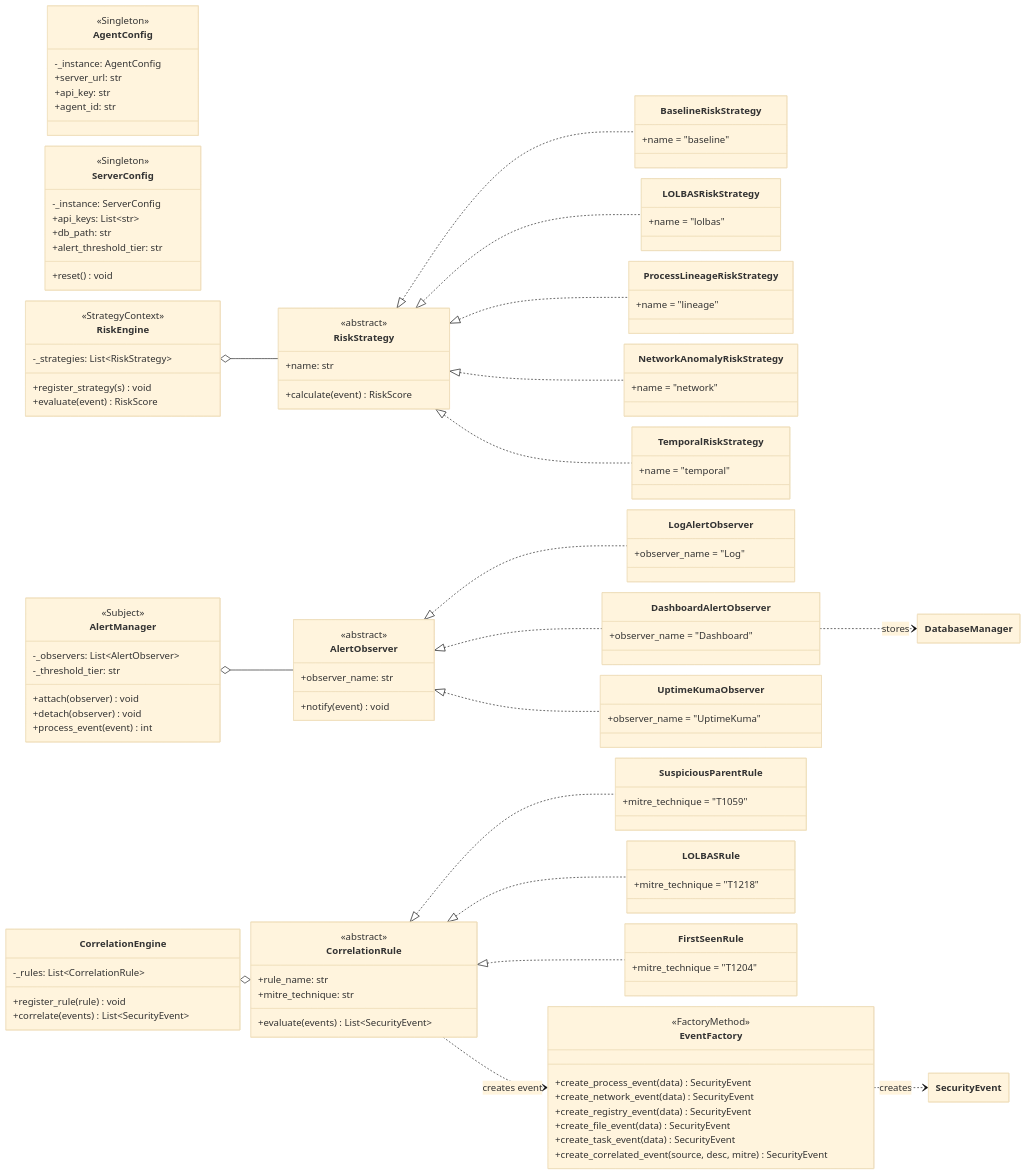
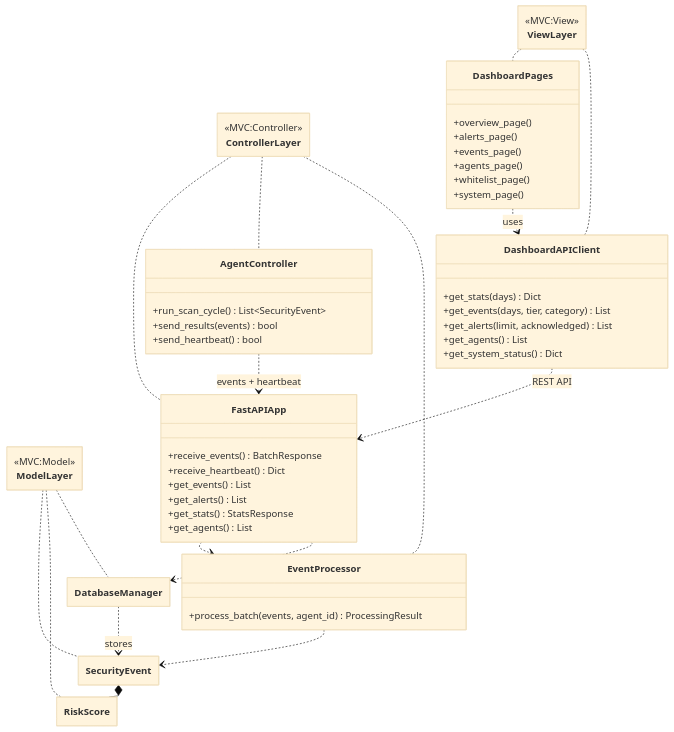
Before and after one commit to kupetsovkn24-lgtm/HIDS: the second of 2 diagrams in uml4.md, drawn with Mermaid.

````diff
--- a/uml4.md
+++ b/uml4.md
@@ -94,108 +133,69 @@
 ```mermaid
-%%{init: {"theme":"base","flowchart":{"nodeSpacing":18,"rankSpacing":18},"class":{"hideEmptyMembersBox":true}}}%%
+%%{init: {"theme":"base","flowchart":{"nodeSpacing":20,"rankSpacing":20},"class":{"hideEmptyMembersBox":true}}}%%
 classDiagram
-direction LR
+direction TB
 
-class EventFactory {
-    <<FactoryMethod>>
-    +create_process_event(data) SecurityEvent
-    +create_network_event(data) SecurityEvent
-    +create_registry_event(data) SecurityEvent
-    +create_file_event(data) SecurityEvent
-    +create_task_event(data) SecurityEvent
-    +create_correlated_event(source, desc, mitre) SecurityEvent
+class ViewLayer { <<MVC:View>> }
+class ControllerLayer { <<MVC:Controller>> }
+class ModelLayer { <<MVC:Model>> }
+
+class DashboardPages {
+    +overview_page()
+    +alerts_page()
+    +events_page()
+    +agents_page()
+    +whitelist_page()
+    +system_page()
 }
 
-class AgentConfig {
-    <<Singleton>>
-    -_instance: AgentConfig
-    +server_url: str
-    +api_key: str
-    +agent_id: str
+class DashboardAPIClient {
+    +get_stats(days) Dict
+    +get_events(days, tier, category) List
+    +get_alerts(limit, acknowledged) List
+    +get_agents() List
+    +get_system_status() Dict
 }
 
-class ServerConfig {
-    <<Singleton>>
-    -_instance: ServerConfig
-    +api_keys: List~str~
-    +db_path: str
-    +alert_threshold_tier: str
-    +reset() void
+class FastAPIApp {
+    +receive_events() BatchResponse
+    +receive_heartbeat() Dict
+    +get_events() List
+    +get_alerts() List
+    +get_stats() StatsResponse
+    +get_agents() List
 }
 
-class RiskEngine {
-    <<StrategyContext>>
-    -_strategies: List~RiskStrategy~
-    +register_strategy(s) void
-    +evaluate(event) RiskScore
+class AgentController {
+    +run_scan_cycle() List~SecurityEvent~
+    +send_results(events) bool
+    +send_heartbeat() bool
 }
 
-class RiskStrategy {
-    <<abstract>>
-    +calculate(event) RiskScore
-    +name: str
+class EventProcessor {
+    +process_batch(events, agent_id) ProcessingResult
 }
 
-class BaselineRiskStrategy { +name = "baseline" }
-class LOLBASRiskStrategy { +name = "lolbas" }
-class ProcessLineageRiskStrategy { +name = "lineage" }
-class NetworkAnomalyRiskStrategy { +name = "network" }
-class TemporalRiskStrategy { +name = "temporal" }
+class SecurityEvent
+class RiskScore
+class DatabaseManager
 
-class AlertManager {
-    <<Subject>>
-    -_observers: List~AlertObserver~
-    -_threshold_tier: str
-    +attach(observer) void
-    +detach(observer) void
-    +process_event(event) int
-}
+ViewLayer .. DashboardPages
+ViewLayer .. DashboardAPIClient
 
-class AlertObserver {
-    <<abstract>>
-    +notify(event) void
-    +observer_name: str
-}
+ControllerLayer .. FastAPIApp
+ControllerLayer .. AgentController
+ControllerLayer .. EventProcessor
 
-class LogAlertObserver { +observer_name = "Log" }
-class DashboardAlertObserver { +observer_name = "Dashboard" }
-class UptimeKumaObserver { +observer_name = "UptimeKuma" }
+ModelLayer .. SecurityEvent
+ModelLayer .. RiskScore
+ModelLayer .. DatabaseManager
 
-class CorrelationEngine {
-    -_rules: List~CorrelationRule~
-    +register_rule(rule) void
-    +correlate(events) List~SecurityEvent~
-}
-
-class CorrelationRule {
-    <<abstract>>
-    +evaluate(events) List~SecurityEvent~
-    +rule_name: str
-    +mitre_technique: str
-}
-
-class SuspiciousParentRule { +mitre_technique = "T1059" }
-class LOLBASRule { +mitre_technique = "T1218" }
-class FirstSeenRule { +mitre_technique = "T1204" }
-
-RiskStrategy <|.. BaselineRiskStrategy
-RiskStrategy <|.. LOLBASRiskStrategy
-RiskStrategy <|.. ProcessLineageRiskStrategy
-RiskStrategy <|.. NetworkAnomalyRiskStrategy
-RiskStrategy <|.. TemporalRiskStrategy
-RiskEngine o-- RiskStrategy
-
-AlertObserver <|.. LogAlertObserver
-AlertObserver <|.. DashboardAlertObserver
-AlertObserver <|.. UptimeKumaObserver
-AlertManager o-- AlertObserver
-DashboardAlertObserver ..> DatabaseManager : stores
-
-CorrelationRule <|.. SuspiciousParentRule
-CorrelationRule <|.. LOLBASRule
-CorrelationRule <|.. FirstSeenRule
-CorrelationEngine o-- CorrelationRule
-CorrelationRule ..> EventFactory : creates event
-
-EventFactory ..> SecurityEvent : creates
+DashboardPages ..> DashboardAPIClient : uses
+DashboardAPIClient ..> FastAPIApp : REST API
+AgentController ..> FastAPIApp : events + heartbeat
+FastAPIApp ..> EventProcessor
+FastAPIApp ..> DatabaseManager
+EventProcessor ..> SecurityEvent
+SecurityEvent *-- RiskScore
+DatabaseManager ..> SecurityEvent : stores
 ```
````
